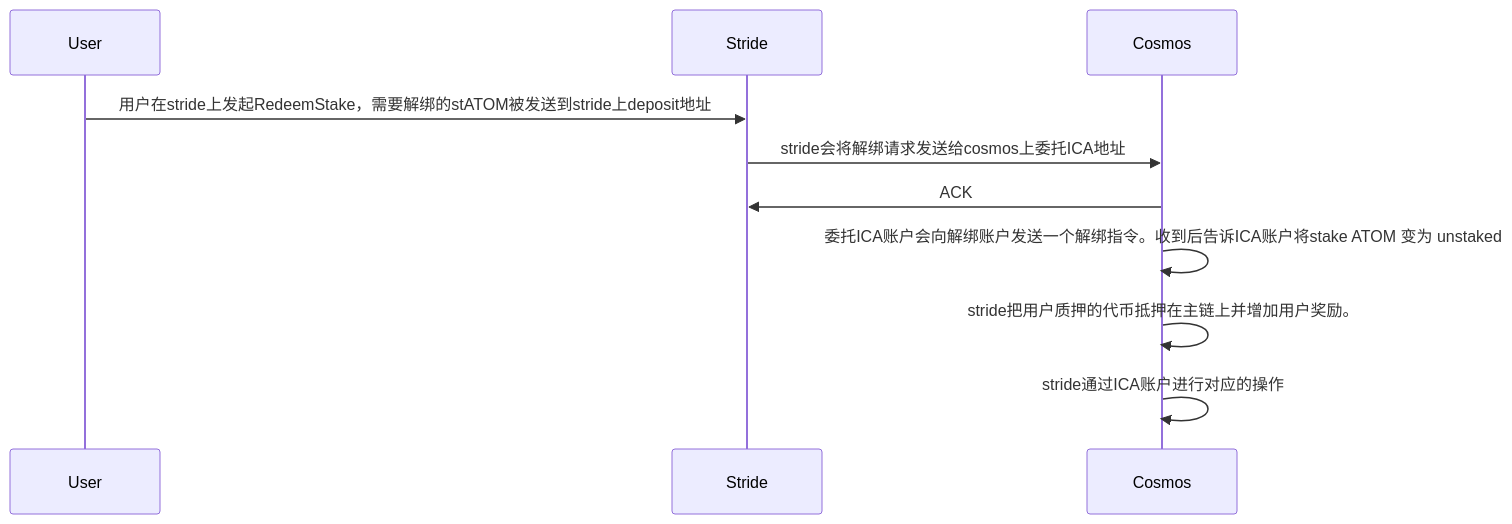
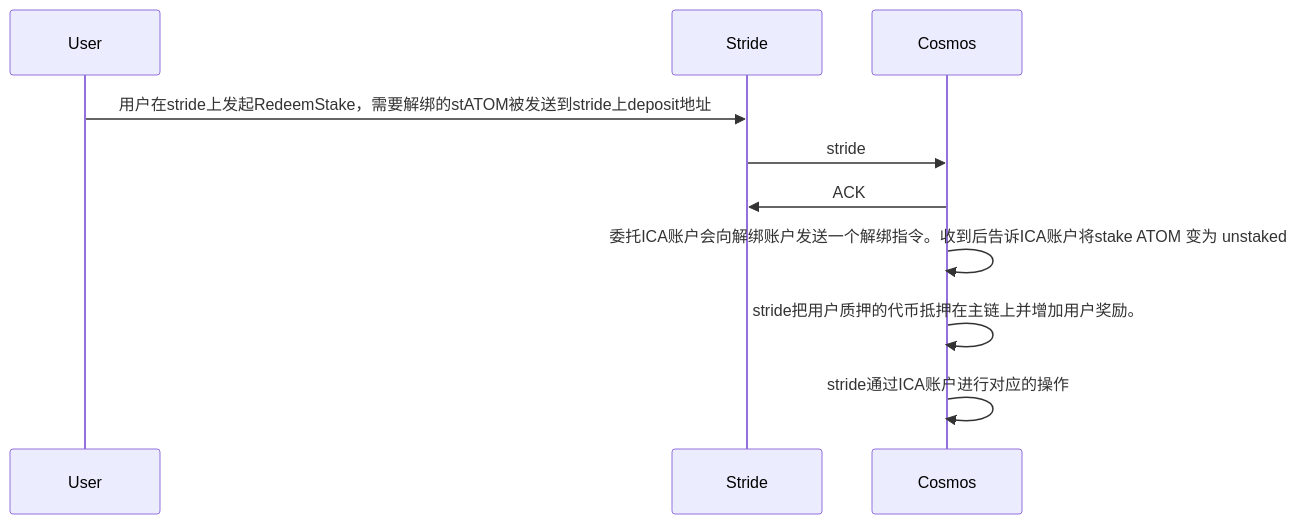
The diagram in all/unbonding.md (yingjianzh/iodraw-files), drawn with Mermaid before and after one commit.

Commit message:
2024-03-28 15:30:13 update

````diff
--- a/all/unbonding.md
+++ b/all/unbonding.md
@@ -1,9 +1,9 @@
 ```mermaid
 sequenceDiagram
     User->>Stride: 用户在stride上发起RedeemStake，需要解绑的stATOM被发送到stride上deposit地址
-    Stride->>Cosmos: stride会将解绑请求发送给cosmos上委托ICA地址
+    Stride->>Cosmos: stride
     Cosmos->>Stride: ACK
     Cosmos->>Cosmos: 委托ICA账户会向解绑账户发送一个解绑指令。收到后告诉ICA账户将stake ATOM 变为 unstaked
     Cosmos->>Cosmos: stride把用户质押的代币抵押在主链上并增加用户奖励。
     Cosmos->>Cosmos: stride通过ICA账户进行对应的操作
 ```
````
